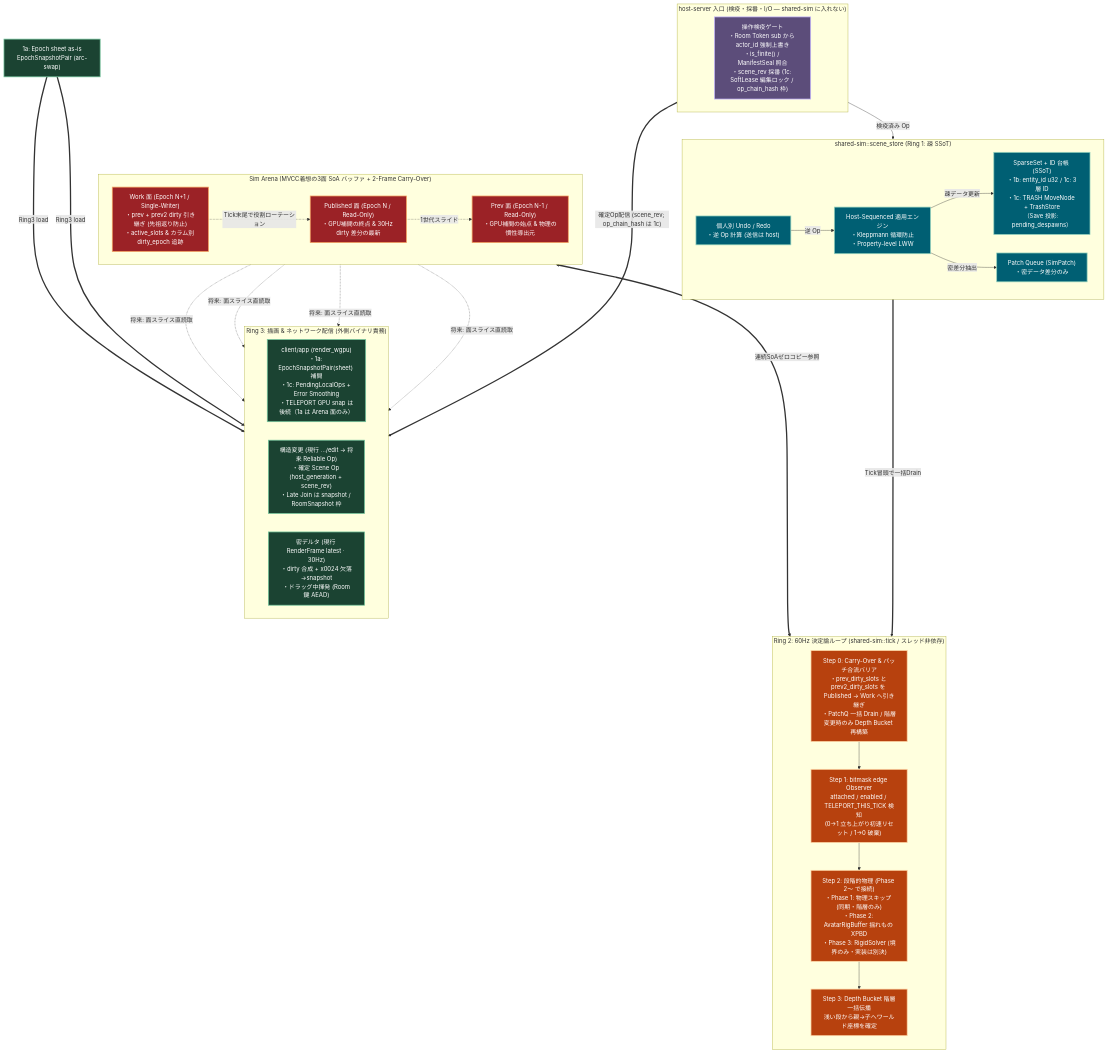
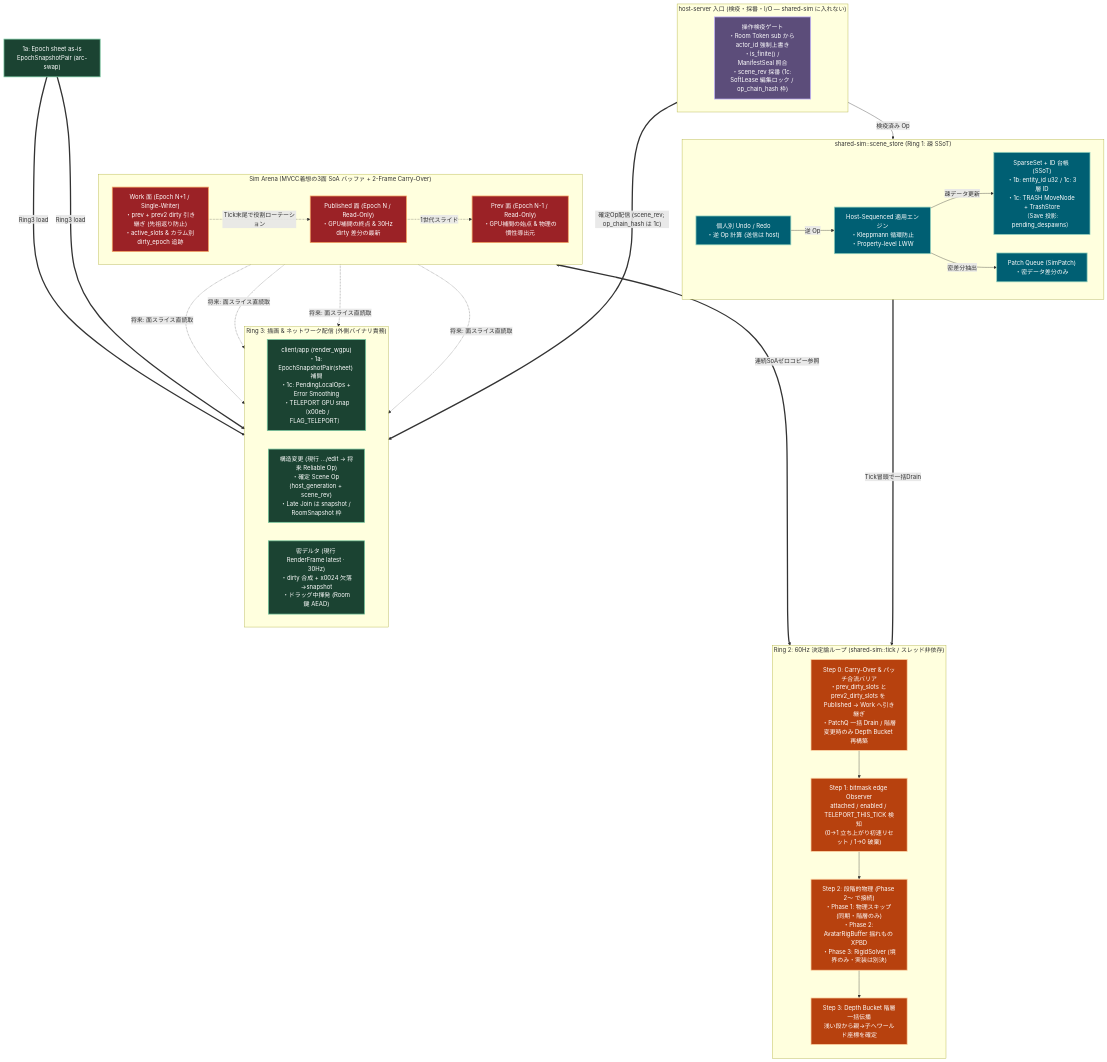
Before and after one commit to FRICK-ELDY/alchemy: the diagram in .workspace/roadmap/scene_store_sim_arena.md, drawn with Mermaid. The commit also changed other lines of this file and 11 other files, not shown here.

Commit message:
feat(x00eb): TELEPORT → GPU snap（F0-1）

````diff
--- a/.workspace/roadmap/scene_store_sim_arena.md
+++ b/.workspace/roadmap/scene_store_sim_arena.md
@@ -61,58 +61,58 @@
 ```mermaid
 flowchart TB
     classDef store fill:#005f73,stroke:#94d2bd,stroke-width:2px,color:#fff
     classDef arena fill:#9b2226,stroke:#f4a261,stroke-width:2px,color:#fff
     classDef sim fill:#b7410e,stroke:#ffd8a8,stroke-width:2px,color:#fff
     classDef out fill:#1b4332,stroke:#74c69d,stroke-width:2px,color:#fff
     classDef host fill:#5c4d7a,stroke:#c4b5fd,stroke-width:2px,color:#fff
 
     subgraph HostGate["host-server 入口 (検疫・採番・I/O — shared-sim に入れない)"]
         direction LR
         OpGate["操作検疫ゲート<br/>・Room Token sub から actor_id 強制上書き<br/>・is_finite() / ManifestSeal 照合<br/>・scene_rev 採番 (1c: SoftLease 編集ロック / op_chain_hash 枠)"]:::host
     end
 
     subgraph SceneStore["shared-sim::scene_store (Ring 1: 疎 SSoT)"]
         direction LR
         CrdtEngine["Host-Sequenced 適用エンジン<br/>・Kleppmann 循環防止<br/>・Property-level LWW"]:::store
         SparseSSoT["SparseSet + ID 台帳 (SSoT)<br/>・1b: entity_id u32 / 1c: 3層 ID<br/>・1c: TRASH MoveNode + TrashStore<br/>（Save 投影: pending_despawns）"]:::store
         UndoMgr["個人別 Undo / Redo<br/>・逆 Op 計算 (送信は host)"]:::store
         PatchQ["Patch Queue (SimPatch)<br/>・密データ差分のみ"]:::store
 
         CrdtEngine -->|"疎データ更新"| SparseSSoT
         CrdtEngine -->|"密差分抽出"| PatchQ
         UndoMgr -->|"逆 Op"| CrdtEngine
     end
 
     OpGate -->|"検疫済み Op"| CrdtEngine
 
     subgraph SimArena["Sim Arena (MVCC着想の3面 SoA バッファ + 2-Frame Carry-Over)"]
         direction LR
         BufPrev["Prev 面 (Epoch N-1 / Read-Only)<br/>・GPU補間の始点 & 物理の慣性導出元"]:::arena
         BufPub["Published 面 (Epoch N / Read-Only)<br/>・GPU補間の終点 & 30Hz dirty 差分の最新"]:::arena
         BufWork["Work 面 (Epoch N+1 / Single-Writer)<br/>・prev + prev2 dirty 引き継ぎ (先祖返り防止)<br/>・active_slots & カラム別 dirty_epoch 追跡"]:::arena
         BufWork -.->|"Tick末尾で役割ローテーション"| BufPub
         BufPub -.->|"1世代スライド"| BufPrev
     end
 
     subgraph Ring2["Ring 2: 60Hz 決定論ループ (shared-sim::tick / スレッド非依存)"]
         direction TB
         Step0["Step 0: Carry-Over & パッチ合流バリア<br/>・prev_dirty_slots と prev2_dirty_slots を Published -> Work へ引き継ぎ<br/>・PatchQ 一括 Drain / 階層変更時のみ Depth Bucket 再構築"]:::sim
         Step1["Step 1: bitmask edge Observer<br/>attached / enabled / TELEPORT_THIS_TICK 検知<br/>(0->1 立ち上がり初速リセット / 1->0 破棄)"]:::sim
         Step2["Step 2: 段階的物理 (Phase 2〜 で接続)<br/>・Phase 1: 物理スキップ (同期・階層のみ)<br/>・Phase 2: AvatarRigBuffer 揺れもの XPBD<br/>・Phase 3: RigidSolver (境界のみ・実装は別決)"]:::sim
         Step3["Step 3: Depth Bucket 階層一括伝播<br/>浅い段から親->子へワールド座標を確定"]:::sim
         Step0 --> Step1 --> Step2 --> Step3
     end
 
     subgraph Ring3["Ring 3: 描画 & ネットワーク配信 (外側バイナリ責務)"]
         direction LR
-        GPU["client/app (render_wgpu)<br/>・1a: EpochSnapshotPair(sheet) 補間<br/>・1c: PendingLocalOps + Error Smoothing<br/>・TELEPORT GPU snap は後続（1a は Arena 面のみ）"]:::out
+        GPU["client/app (render_wgpu)<br/>・1a: EpochSnapshotPair(sheet) 補間<br/>・1c: PendingLocalOps + Error Smoothing<br/>・TELEPORT GPU snap（x00eb / FLAG_TELEPORT）"]:::out
         NetRel["構造変更 (現行 …/edit → 将来 Reliable Op)<br/>・確定 Scene Op (host_generation + scene_rev)<br/>・Late Join は snapshot / RoomSnapshot 枠"]:::out
         NetFast["密デルタ (現行 RenderFrame latest · 30Hz)<br/>・dirty 合成 + x0024 欠落→snapshot<br/>・ドラッグ中揮発 (Room鍵 AEAD)"]:::out
     end
     PatchQ ===>|"Tick冒頭で一括Drain"| Step0
     SimArena <===>|"連続SoAゼロコピー参照"| Ring2
     BufPrev & BufPub -.->|"将来: 面スライス直読取"| GPU & NetFast
     SheetPub["1a: Epoch sheet as-is<br/>EpochSnapshotPair (arc-swap)"]:::out
     SheetPub ===>|"Ring3 load"| GPU & NetFast
     OpGate ===>|"確定Op配信 (scene_rev; op_chain_hash は 1c)"| NetRel
 ```
````
